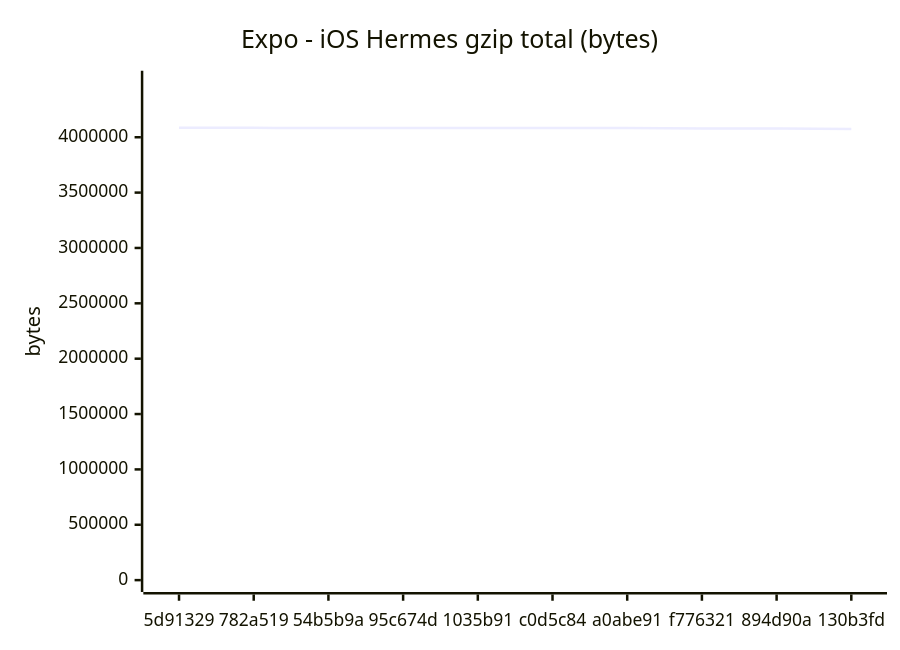
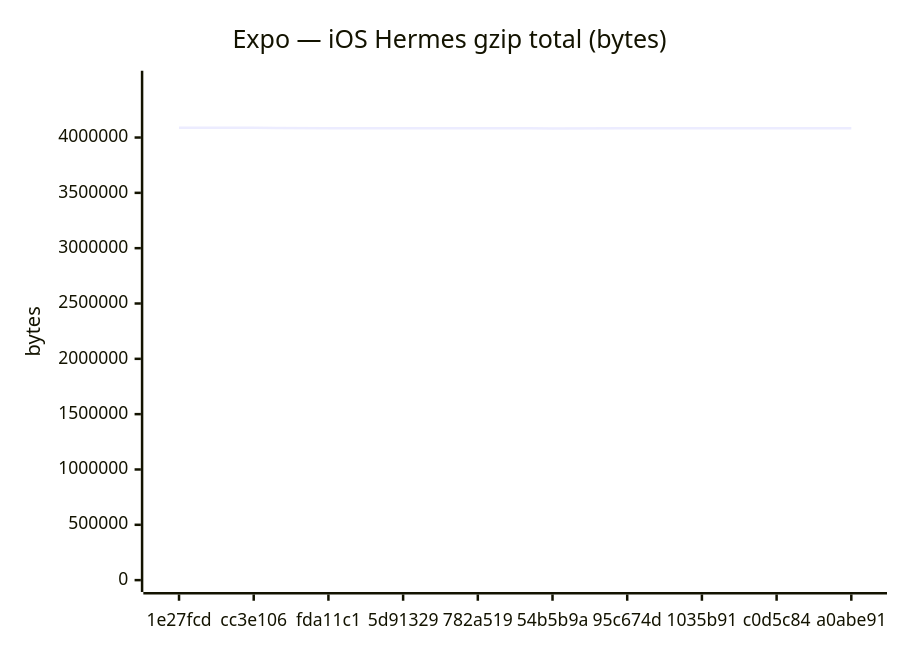
The sixth of 18 diagrams in benchmarks/compare.md (Metaheurist/Rianell), drawn with Mermaid before and after one commit. The commit also changed other lines of this file and 12 other files, not shown here.

````diff
--- a/benchmarks/compare.md
+++ b/benchmarks/compare.md
@@ -96,7 +96,7 @@
 ```mermaid
 xychart-beta
-    title "Expo - iOS Hermes gzip total (bytes)"
-    x-axis ["5d91329", "782a519", "54b5b9a", "95c674d", "1035b91", "c0d5c84", "a0abe91", "f776321", "894d90a", "130b3fd"]
-    y-axis "bytes" 0 --> 4493286
-    line [4084805, 4084677, 4082348, 4083105, 4083108, 4083106, 4083107, 4079675, 4079243, 4074172]
+    title "Expo — iOS Hermes gzip total (bytes)"
+    x-axis ["1e27fcd", "cc3e106", "fda11c1", "5d91329", "782a519", "54b5b9a", "95c674d", "1035b91", "c0d5c84", "a0abe91"]
+    y-axis "bytes" 0 --> 4496159
+    line [4087417, 4087412, 4084812, 4084805, 4084677, 4082348, 4083105, 4083108, 4083106, 4083107]
 ```
````
